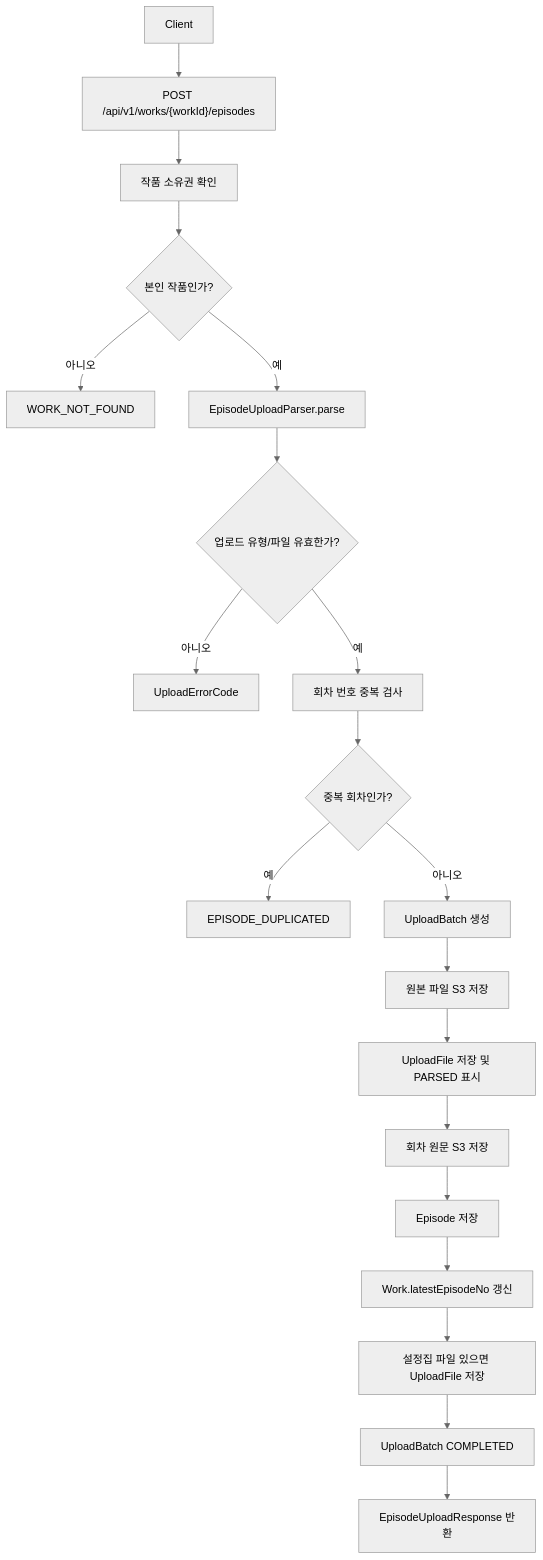
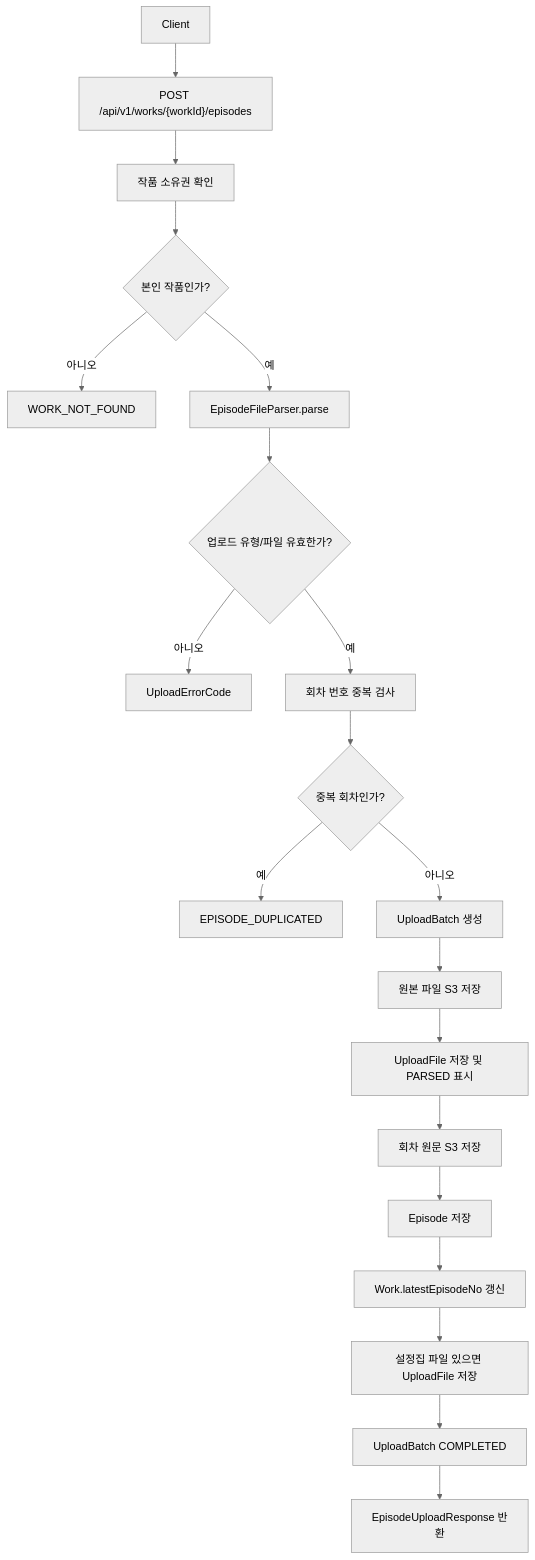
Before and after one commit to catchhole-soma/catchhole-backend-java: the first of 4 diagrams in docs/upload-episode-workflow.md, drawn with Mermaid (neutral theme). The commit also changed other lines of this file and 3 other files, not shown here.

````diff
--- a/docs/upload-episode-workflow.md
+++ b/docs/upload-episode-workflow.md
@@ -9,22 +9,22 @@
 ```mermaid
 flowchart TD
     A["Client"] --> B["POST /api/v1/works/{workId}/episodes"]
     B --> C["작품 소유권 확인"]
     C --> D{"본인 작품인가?"}
     D -- "아니오" --> E["WORK_NOT_FOUND"]
-    D -- "예" --> F["EpisodeUploadParser.parse"]
+    D -- "예" --> F["EpisodeFileParser.parse"]
     F --> G{"업로드 유형/파일 유효한가?"}
     G -- "아니오" --> H["UploadErrorCode"]
     G -- "예" --> I["회차 번호 중복 검사"]
     I --> J{"중복 회차인가?"}
     J -- "예" --> K["EPISODE_DUPLICATED"]
     J -- "아니오" --> L["UploadBatch 생성"]
     L --> M["원본 파일 S3 저장"]
     M --> N["UploadFile 저장 및 PARSED 표시"]
     N --> O["회차 원문 S3 저장"]
     O --> P["Episode 저장"]
     P --> Q["Work.latestEpisodeNo 갱신"]
     Q --> R["설정집 파일 있으면 UploadFile 저장"]
     R --> S["UploadBatch COMPLETED"]
     S --> T["EpisodeUploadResponse 반환"]
 ```
````
